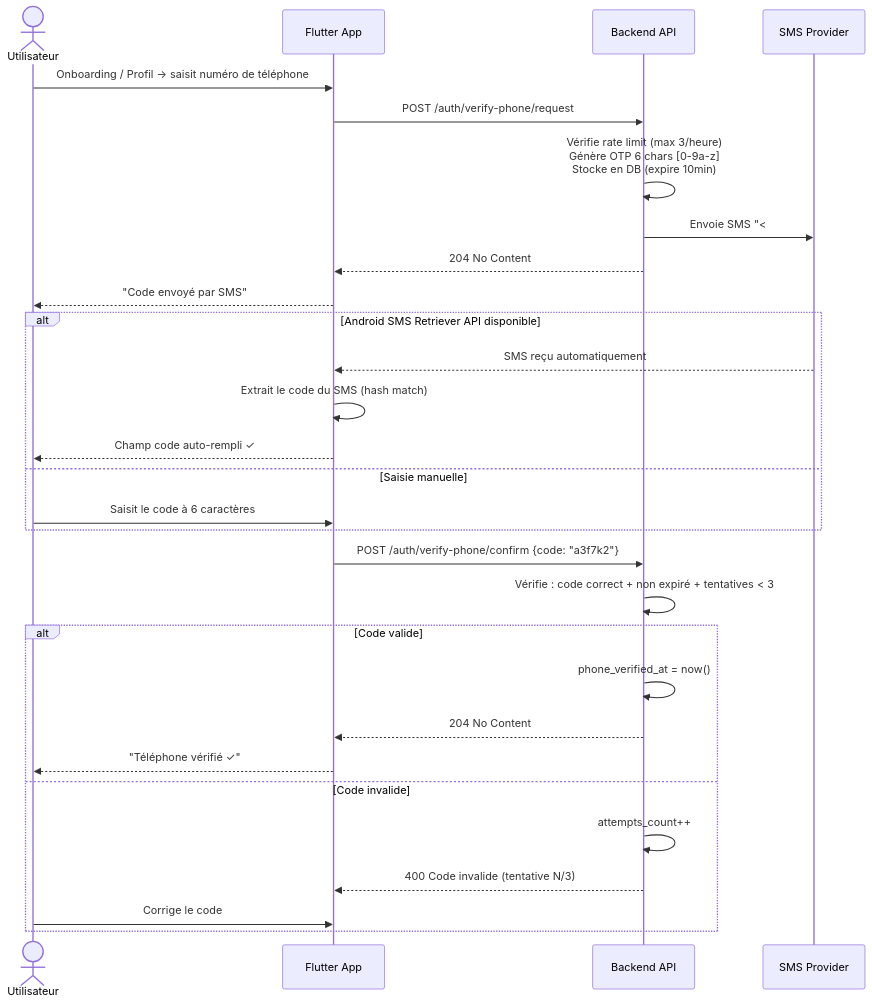
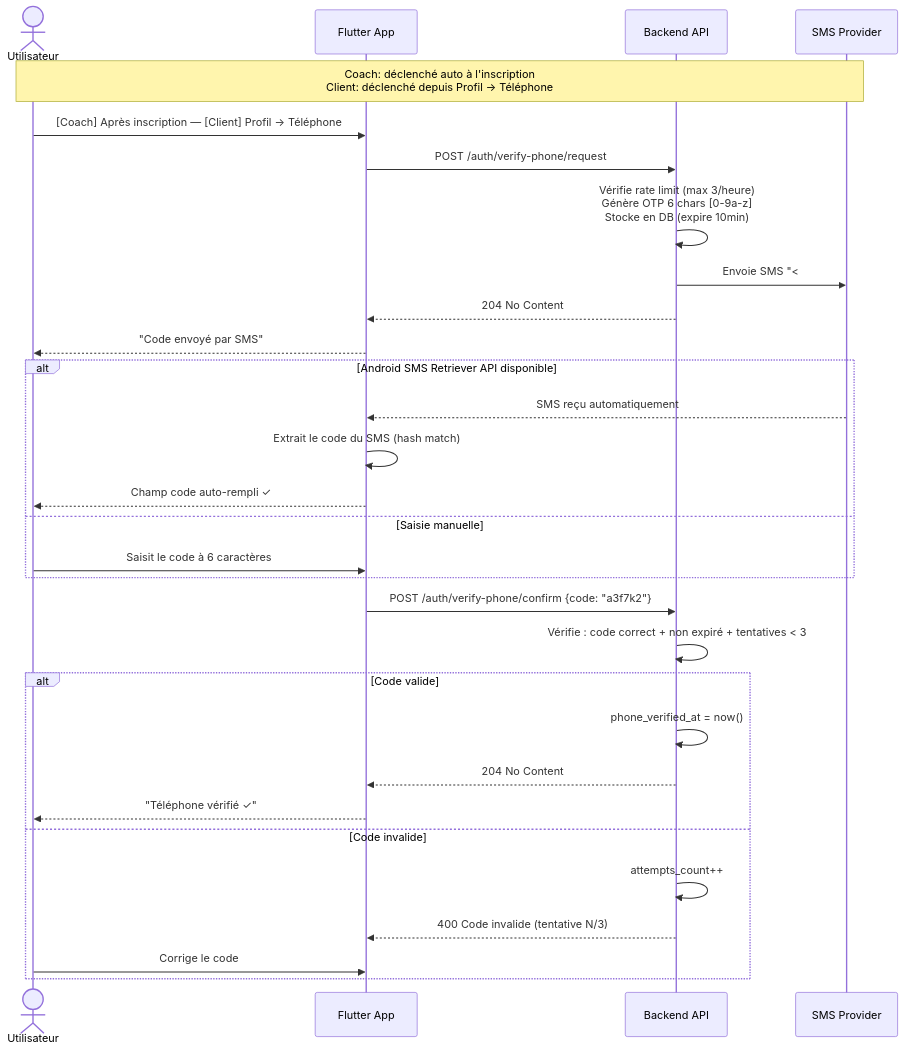
One commit to gaelgael5/mycoach changed the tenth of 10 diagrams in docs/FLOWS_01_AUTHENTIFICATION.md. Above: the diagram before and after it, drawn with Mermaid. The commit also changed other lines of this file and 2 other files, not shown here.

````diff
--- a/docs/FLOWS_01_AUTHENTIFICATION.md
+++ b/docs/FLOWS_01_AUTHENTIFICATION.md
@@ -235,34 +309,35 @@
 ```mermaid
 sequenceDiagram
     actor U as Utilisateur
     participant A as Flutter App
     participant B as Backend API
     participant S as SMS Provider
 
-    U->>A: Onboarding / Profil → saisit numéro de téléphone
+    note over U,S: Coach: déclenché auto à l'inscription<br/>Client: déclenché depuis Profil → Téléphone
+    U->>A: [Coach] Après inscription — [Client] Profil → Téléphone
     A->>B: POST /auth/verify-phone/request
     B->>B: Vérifie rate limit (max 3/heure)<br/>Génère OTP 6 chars [0-9a-z]<br/>Stocke en DB (expire 10min)
     B->>S: Envoie SMS "<#> Code : {otp}\n{hash}"
     B-->>A: 204 No Content
     A-->>U: "Code envoyé par SMS"
 
     alt Android SMS Retriever API disponible
         S-->>A: SMS reçu automatiquement
         A->>A: Extrait le code du SMS (hash match)
         A-->>U: Champ code auto-rempli ✓
     else Saisie manuelle
         U->>A: Saisit le code à 6 caractères
     end
 
     A->>B: POST /auth/verify-phone/confirm {code: "a3f7k2"}
     B->>B: Vérifie : code correct + non expiré + tentatives < 3
     alt Code valide
         B->>B: phone_verified_at = now()
         B-->>A: 204 No Content
         A-->>U: "Téléphone vérifié ✓"
     else Code invalide
         B->>B: attempts_count++
         B-->>A: 400 Code invalide (tentative N/3)
         U->>A: Corrige le code
     end
 ```
````
